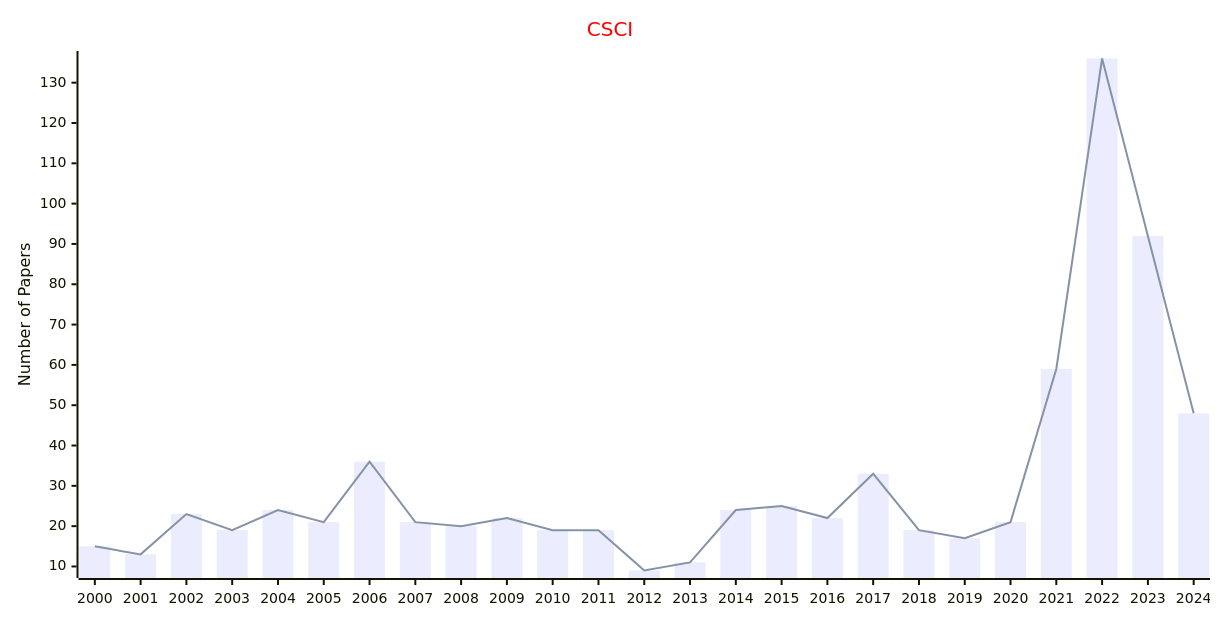
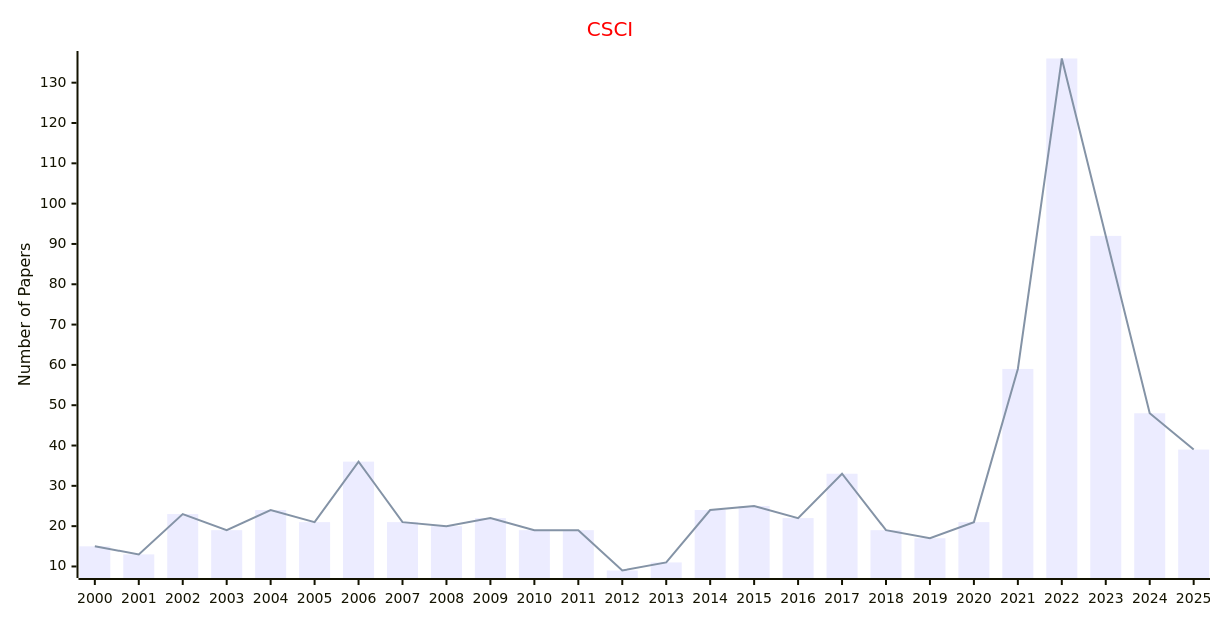
Before and after one commit to Easy-PhD/AILinks: diagram 14 of 15 in docs/data/Journals/Statistics_Journals/Evolutionary_Computation.md, drawn with Mermaid. The commit also changed other lines of this file and 93 other files, not shown here.

````diff
--- a/docs/data/Journals/Statistics_Journals/Evolutionary_Computation.md
+++ b/docs/data/Journals/Statistics_Journals/Evolutionary_Computation.md
@@ -321,17 +321,17 @@
 ```mermaid
 ---
 config:
     xyChart:
         width: 1200
         height: 600
     themeVariables:
         xyChart:
             titleColor: "#ff0000"
 ---
 xychart-beta
     title "CSCI"
-    x-axis [2000, 2001, 2002, 2003, 2004, 2005, 2006, 2007, 2008, 2009, 2010, 2011, 2012, 2013, 2014, 2015, 2016, 2017, 2018, 2019, 2020, 2021, 2022, 2023, 2024]
+    x-axis [2000, 2001, 2002, 2003, 2004, 2005, 2006, 2007, 2008, 2009, 2010, 2011, 2012, 2013, 2014, 2015, 2016, 2017, 2018, 2019, 2020, 2021, 2022, 2023, 2024, 2025]
     y-axis "Number of Papers"
-    bar [15, 13, 23, 19, 24, 21, 36, 21, 20, 22, 19, 19, 9, 11, 24, 25, 22, 33, 19, 17, 21, 59, 136, 92, 48]
-    line [15, 13, 23, 19, 24, 21, 36, 21, 20, 22, 19, 19, 9, 11, 24, 25, 22, 33, 19, 17, 21, 59, 136, 92, 48]
+    bar [15, 13, 23, 19, 24, 21, 36, 21, 20, 22, 19, 19, 9, 11, 24, 25, 22, 33, 19, 17, 21, 59, 136, 92, 48, 39]
+    line [15, 13, 23, 19, 24, 21, 36, 21, 20, 22, 19, 19, 9, 11, 24, 25, 22, 33, 19, 17, 21, 59, 136, 92, 48, 39]
 ```
````
